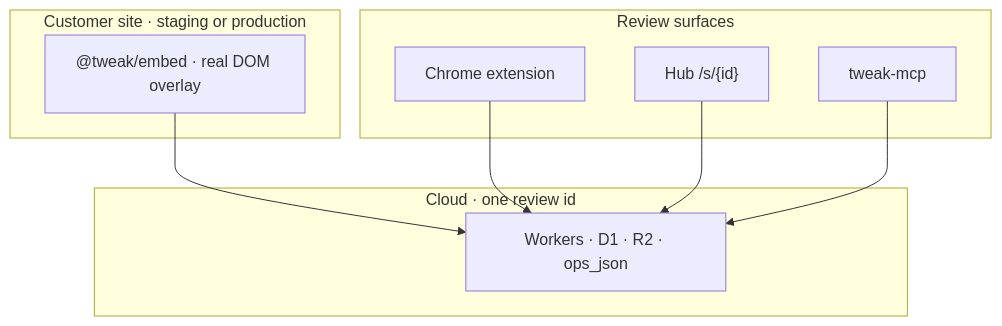
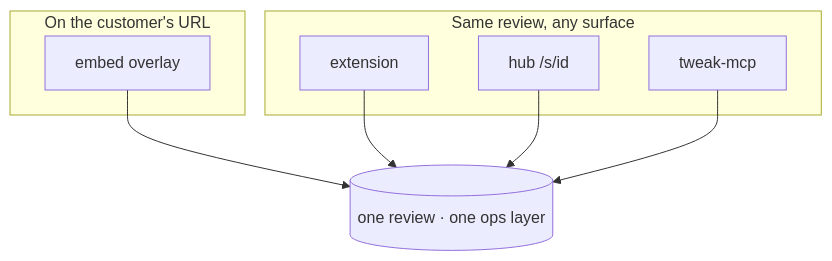
Before and after one commit to hrushikeshvetagiri-tweak/hrushikeshvetagiri-tweak: the second of 2 diagrams in README.md, drawn with Mermaid. The commit also changed other lines of this file and 2 other files, not shown here.

First line of the commit message:
Simplify profile README: native GitHub styling, no banner.

````diff
--- a/README.md
+++ b/README.md
@@ -60,21 +70,15 @@
 ```mermaid
 flowchart TB
-  subgraph site ["Customer site · staging or production"]
-    Embed["@tweak/embed · real DOM overlay"]
+  subgraph live ["On the customer's URL"]
+    E["embed overlay"]
   end
-
-  subgraph surfaces ["Review surfaces"]
-    Ext["Chrome extension"]
-    Hub["Hub /s/{id}"]
-    MCP["tweak-mcp"]
+  subgraph tools ["Same review, any surface"]
+    X["extension"]
+    H["hub /s/id"]
+    M["tweak-mcp"]
   end
-
-  subgraph cloud ["Cloud · one review id"]
-    API["Workers · D1 · R2 · ops_json"]
-  end
-
-  Embed --> API
-  Ext --> API
-  Hub --> API
-  MCP --> API
+  E --> R[(one review · one ops layer)]
+  X --> R
+  H --> R
+  M --> R
 ```
````
